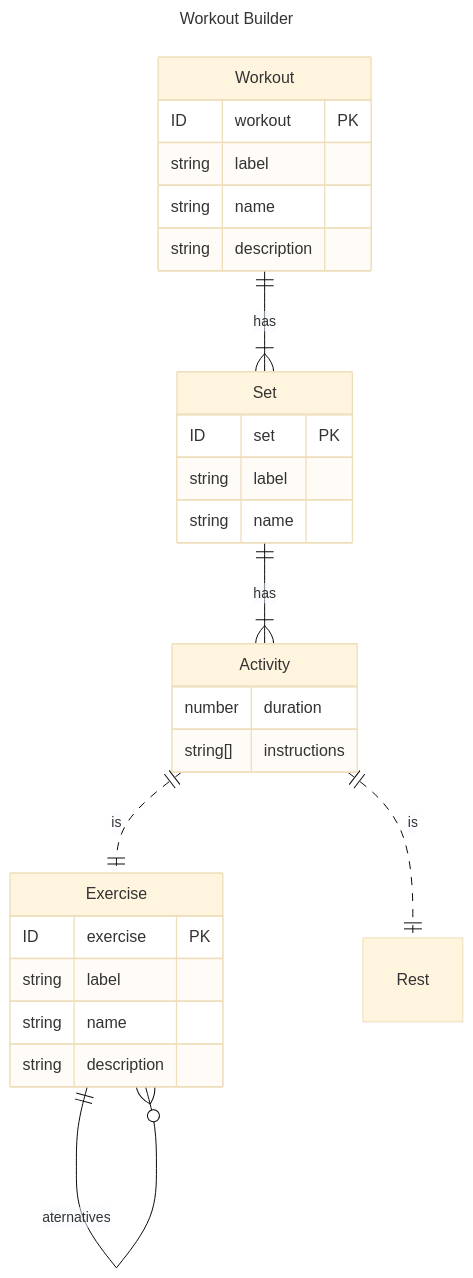
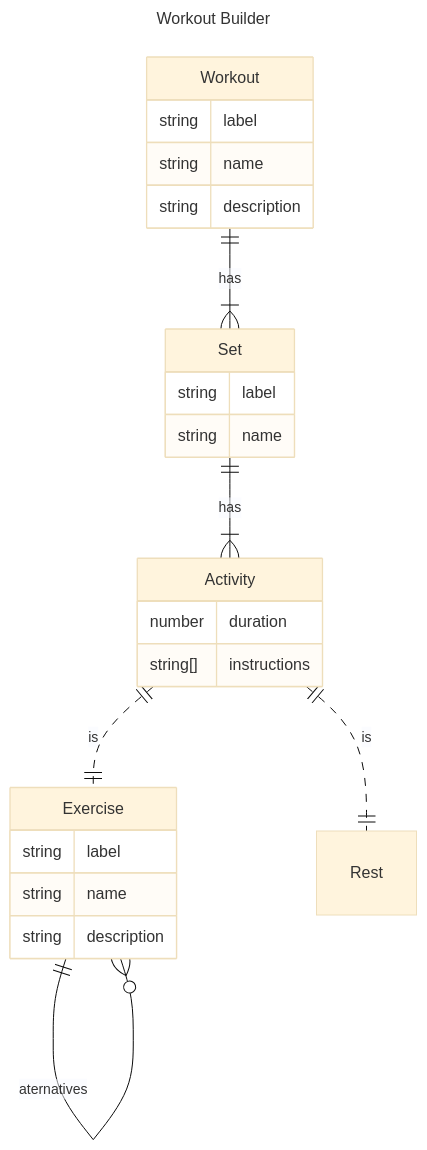
Before and after one commit to jmakeig/workout-builder3: the diagram in README.md, drawn with Mermaid (base theme).

Commit message:
Removes IDs from ERD

````diff
--- a/README.md
+++ b/README.md
@@ -9,38 +9,35 @@
 ```mermaid
 ---
 title: Workout Builder
 config:
   # layout: elk
   # look: handDrawn
 ---
 
 erDiagram
     Workout {
-        ID workout PK
         string label
         string name
         string description
     }
     Set {
-        ID set PK
         string label
         string name
     }
     Activity {
         number duration
         string[] instructions
     }
     Exercise {
-        ID exercise PK
         string label
         string name
         string description
     }
     Rest { }
 
     Workout ONE TO ONE OR MORE Set : "has"
     Set ONE TO ONE OR MORE Activity : "has"
     Activity ||..|| Exercise : "is"
     Activity ||..|| Rest : "is"
     Exercise ONE TO ZERO OR MORE Exercise : "aternatives"
 ```
````
